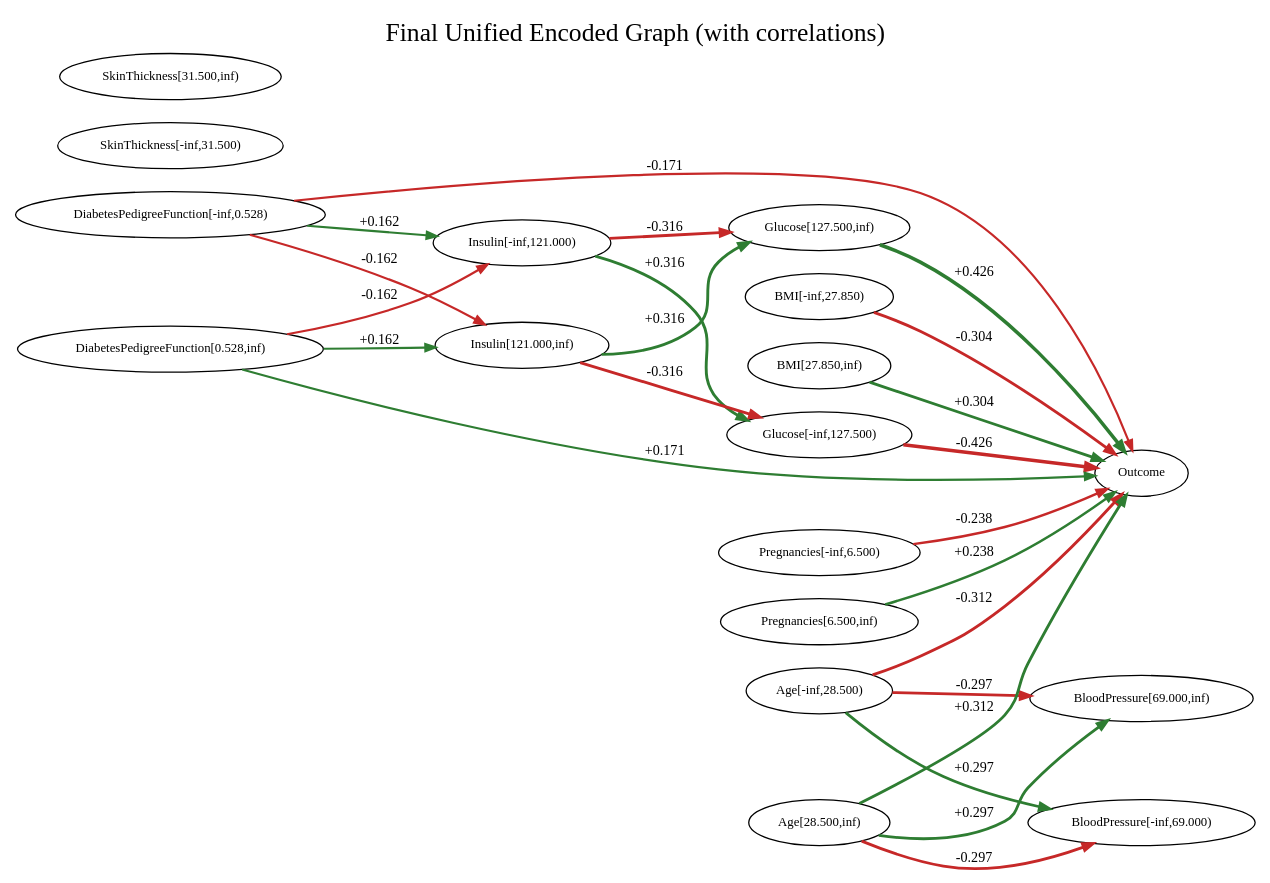
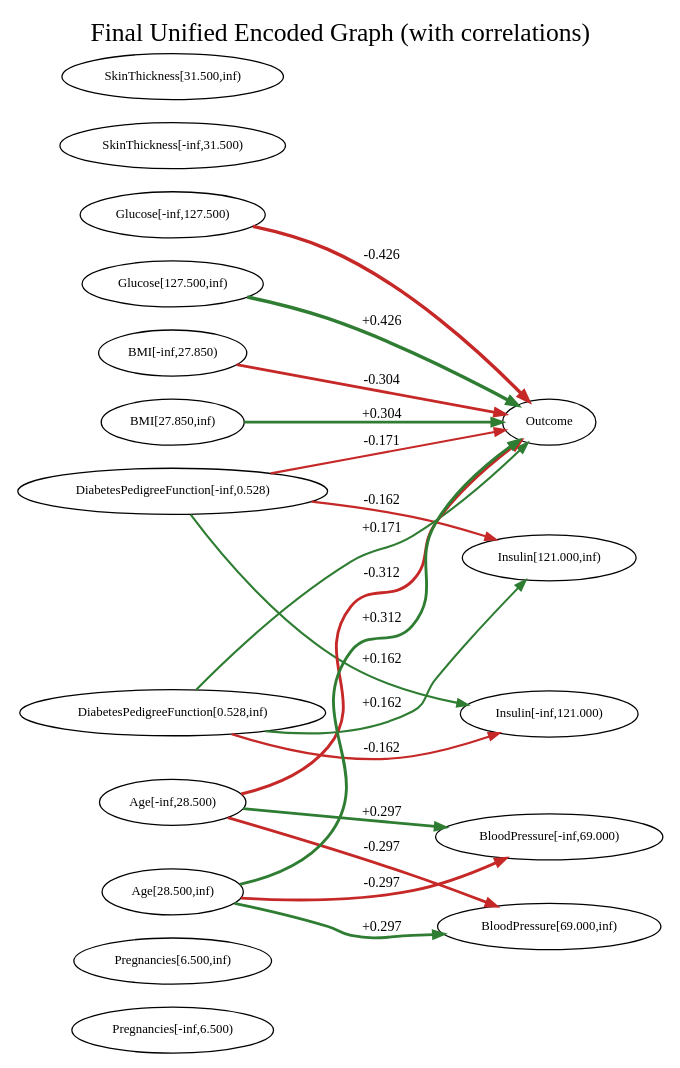
The diagram in causal_argumentation-main/outputs_diabetes/fci_experiment/final_unified_fci_weighted.dot (AKANEMO22/MedTCAX-Causal-Argumentative-Explainability), drawn with Graphviz before and after one commit. The commit also changed 29 other files, not shown here.

Commit message:
chore: change dataset and flow diagram

```diff
--- a/causal_argumentation-main/outputs_diabetes/fci_experiment/final_unified_fci_weighted.dot
+++ b/causal_argumentation-main/outputs_diabetes/fci_experiment/final_unified_fci_weighted.dot
@@ -1,45 +1,39 @@
 digraph G {
 rankdir=LR;
 label="Final Unified Encoded Graph (with correlations)";
 labelloc=t;
 fontsize=20;
 "Pregnancies[-inf,6.500)" [shape=ellipse, fontsize=10];
 "Pregnancies[6.500,inf)" [shape=ellipse, fontsize=10];
 "Glucose[-inf,127.500)" [shape=ellipse, fontsize=10];
 "Glucose[127.500,inf)" [shape=ellipse, fontsize=10];
 "BloodPressure[-inf,69.000)" [shape=ellipse, fontsize=10];
 "BloodPressure[69.000,inf)" [shape=ellipse, fontsize=10];
 "SkinThickness[-inf,31.500)" [shape=ellipse, fontsize=10];
 "SkinThickness[31.500,inf)" [shape=ellipse, fontsize=10];
 "Insulin[-inf,121.000)" [shape=ellipse, fontsize=10];
 "Insulin[121.000,inf)" [shape=ellipse, fontsize=10];
 "BMI[-inf,27.850)" [shape=ellipse, fontsize=10];
 "BMI[27.850,inf)" [shape=ellipse, fontsize=10];
 "DiabetesPedigreeFunction[-inf,0.528)" [shape=ellipse, fontsize=10];
 "DiabetesPedigreeFunction[0.528,inf)" [shape=ellipse, fontsize=10];
 "Age[-inf,28.500)" [shape=ellipse, fontsize=10];
 "Age[28.500,inf)" [shape=ellipse, fontsize=10];
 Outcome [shape=ellipse, fontsize=10];
-"Pregnancies[-inf,6.500)" -> Outcome [arrowsize=0.8, label=" -0.238 ", fontsize=11, color="#c62828", penwidth=1.9502296895425415];
-"Pregnancies[6.500,inf)" -> Outcome [arrowsize=0.8, label=" +0.238 ", fontsize=11, color="#2e7d32", penwidth=1.9502296895425415];
 "Glucose[-inf,127.500)" -> Outcome [arrowsize=0.8, label=" -0.426 ", fontsize=11, color="#c62828", penwidth=2.704437847250545];
 "Glucose[127.500,inf)" -> Outcome [arrowsize=0.8, label=" +0.426 ", fontsize=11, color="#2e7d32", penwidth=2.704437847250544];
-"Insulin[-inf,121.000)" -> "Glucose[-inf,127.500)" [arrowsize=0.8, label=" +0.316 ", fontsize=11, color="#2e7d32", penwidth=2.2645299600487085];
-"Insulin[-inf,121.000)" -> "Glucose[127.500,inf)" [arrowsize=0.8, label=" -0.316 ", fontsize=11, color="#c62828", penwidth=2.264529960048709];
-"Insulin[121.000,inf)" -> "Glucose[-inf,127.500)" [arrowsize=0.8, label=" -0.316 ", fontsize=11, color="#c62828", penwidth=2.2645299600487094];
-"Insulin[121.000,inf)" -> "Glucose[127.500,inf)" [arrowsize=0.8, label=" +0.316 ", fontsize=11, color="#2e7d32", penwidth=2.2645299600487085];
 "BMI[-inf,27.850)" -> Outcome [arrowsize=0.8, label=" -0.304 ", fontsize=11, color="#c62828", penwidth=2.2165180354858696];
 "BMI[27.850,inf)" -> Outcome [arrowsize=0.8, label=" +0.304 ", fontsize=11, color="#2e7d32", penwidth=2.2165180354858696];
 "DiabetesPedigreeFunction[-inf,0.528)" -> "Insulin[-inf,121.000)" [arrowsize=0.8, label=" +0.162 ", fontsize=11, color="#2e7d32", penwidth=1.6475191296291674];
+"DiabetesPedigreeFunction[-inf,0.528)" -> "Insulin[121.000,inf)" [arrowsize=0.8, label=" -0.162 ", fontsize=11, color="#c62828", penwidth=1.6475191296291674];
 "DiabetesPedigreeFunction[-inf,0.528)" -> Outcome [arrowsize=0.8, label=" -0.171 ", fontsize=11, color="#c62828", penwidth=1.6846081083416187];
-"DiabetesPedigreeFunction[-inf,0.528)" -> "Insulin[121.000,inf)" [arrowsize=0.8, label=" -0.162 ", fontsize=11, color="#c62828", penwidth=1.6475191296291674];
 "DiabetesPedigreeFunction[0.528,inf)" -> "Insulin[-inf,121.000)" [arrowsize=0.8, label=" -0.162 ", fontsize=11, color="#c62828", penwidth=1.6475191296291671];
+"DiabetesPedigreeFunction[0.528,inf)" -> "Insulin[121.000,inf)" [arrowsize=0.8, label=" +0.162 ", fontsize=11, color="#2e7d32", penwidth=1.647519129629167];
 "DiabetesPedigreeFunction[0.528,inf)" -> Outcome [arrowsize=0.8, label=" +0.171 ", fontsize=11, color="#2e7d32", penwidth=1.6846081083416191];
-"DiabetesPedigreeFunction[0.528,inf)" -> "Insulin[121.000,inf)" [arrowsize=0.8, label=" +0.162 ", fontsize=11, color="#2e7d32", penwidth=1.647519129629167];
 "Age[-inf,28.500)" -> "BloodPressure[69.000,inf)" [arrowsize=0.8, label=" -0.297 ", fontsize=11, color="#c62828", penwidth=2.1862795321557043];
+"Age[-inf,28.500)" -> "BloodPressure[-inf,69.000)" [arrowsize=0.8, label=" +0.297 ", fontsize=11, color="#2e7d32", penwidth=2.1862795321557034];
 "Age[-inf,28.500)" -> Outcome [arrowsize=0.8, label=" -0.312 ", fontsize=11, color="#c62828", penwidth=2.248400766622191];
-"Age[-inf,28.500)" -> "BloodPressure[-inf,69.000)" [arrowsize=0.8, label=" +0.297 ", fontsize=11, color="#2e7d32", penwidth=2.1862795321557034];
 "Age[28.500,inf)" -> "BloodPressure[69.000,inf)" [arrowsize=0.8, label=" +0.297 ", fontsize=11, color="#2e7d32", penwidth=2.1862795321557025];
+"Age[28.500,inf)" -> "BloodPressure[-inf,69.000)" [arrowsize=0.8, label=" -0.297 ", fontsize=11, color="#c62828", penwidth=2.186279532155703];
 "Age[28.500,inf)" -> Outcome [arrowsize=0.8, label=" +0.312 ", fontsize=11, color="#2e7d32", penwidth=2.2484007666221917];
-"Age[28.500,inf)" -> "BloodPressure[-inf,69.000)" [arrowsize=0.8, label=" -0.297 ", fontsize=11, color="#c62828", penwidth=2.186279532155703];
 }
```
